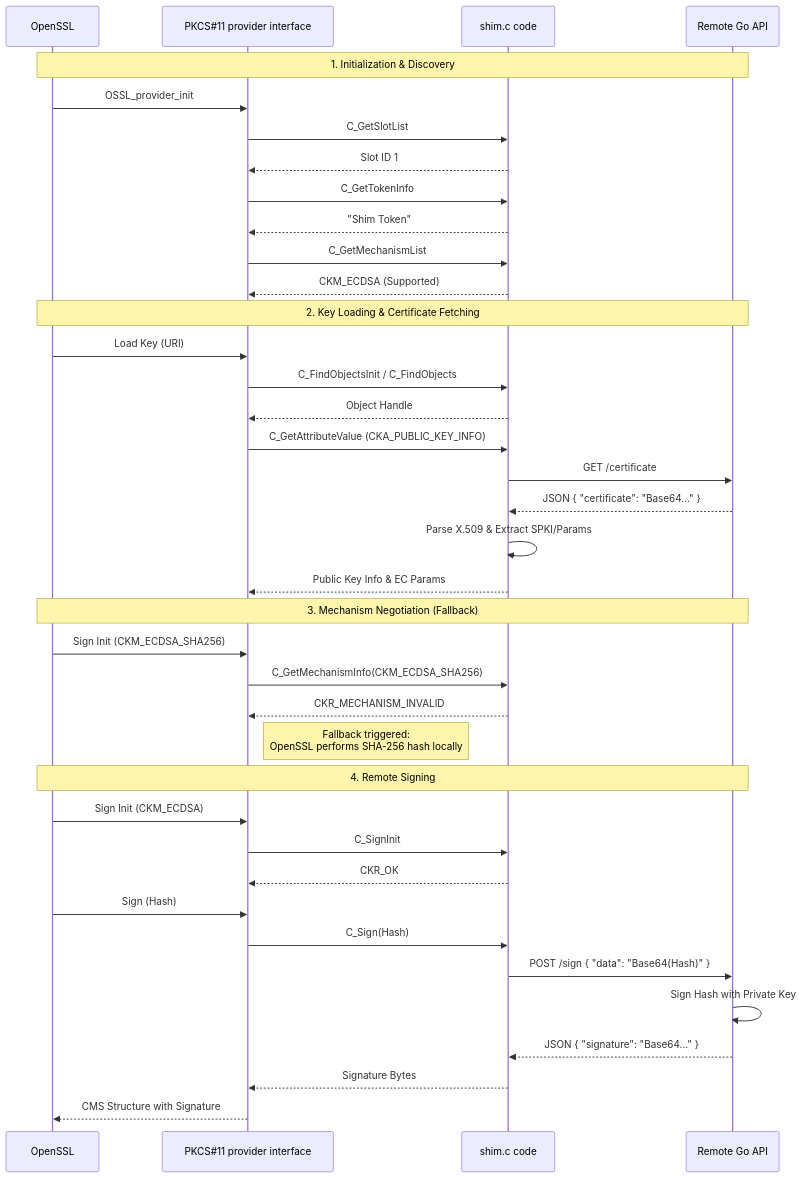
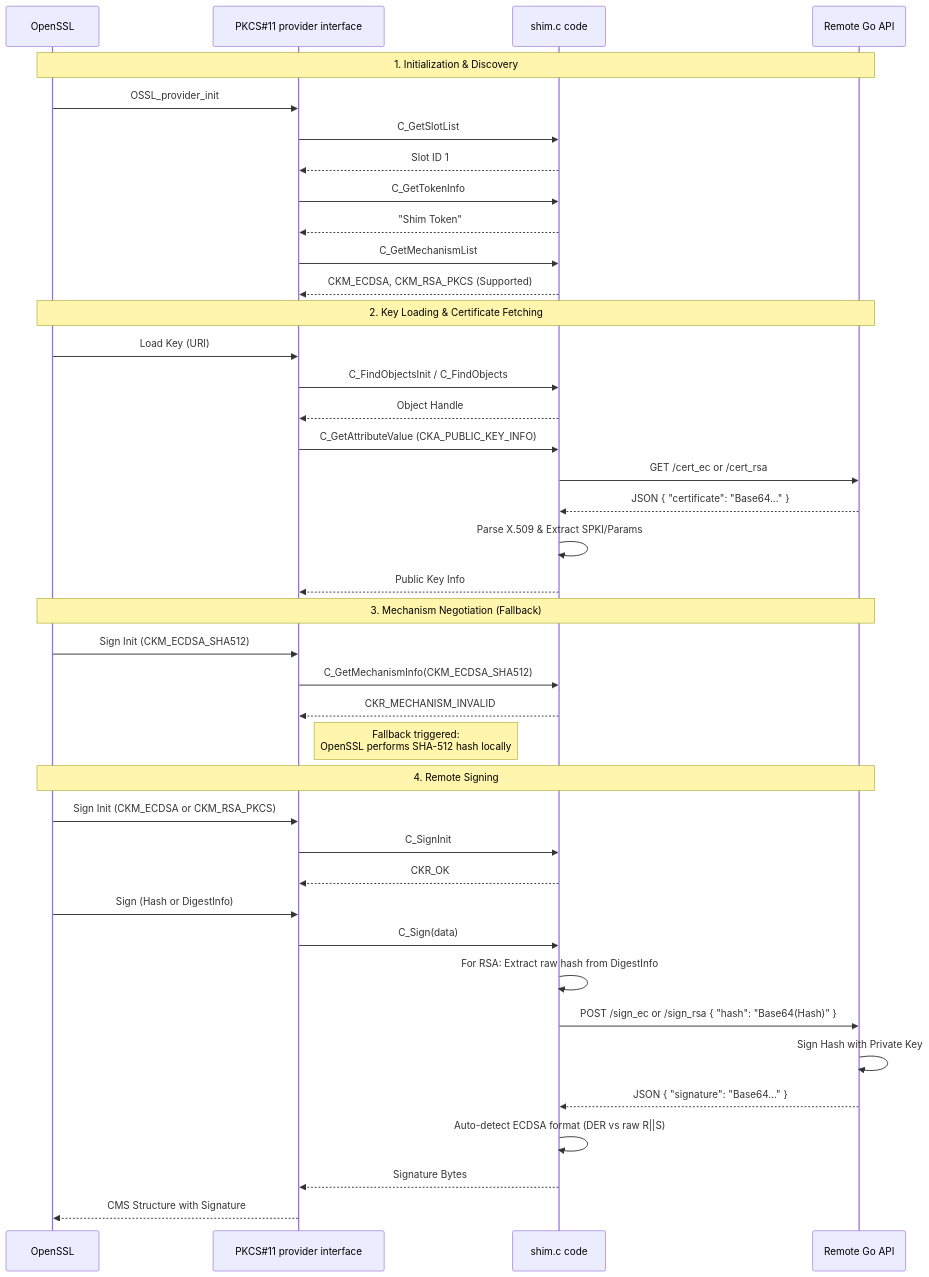
One commit to kabakaev/pkcs11-cms-remote-signing changed the diagram in cms_remote_signature.md. Above: the diagram before and after it, drawn with Mermaid. The commit also changed other lines of this file and 1 other file, not shown here.

````diff
--- a/cms_remote_signature.md
+++ b/cms_remote_signature.md
@@ -14,44 +14,46 @@
 ```mermaid
 sequenceDiagram
     participant OpenSSL
     participant Provider as PKCS#35;11 provider interface
     participant Shim as shim.c code
     participant API as Remote Go API
 
     Note over OpenSSL, API: 1. Initialization & Discovery
     OpenSSL->>Provider: OSSL_provider_init
     Provider->>Shim: C_GetSlotList
     Shim-->>Provider: Slot ID 1
     Provider->>Shim: C_GetTokenInfo
     Shim-->>Provider: "Shim Token"
     Provider->>Shim: C_GetMechanismList
-    Shim-->>Provider: CKM_ECDSA (Supported)
+    Shim-->>Provider: CKM_ECDSA, CKM_RSA_PKCS (Supported)
 
     Note over OpenSSL, API: 2. Key Loading & Certificate Fetching
     OpenSSL->>Provider: Load Key (URI)
     Provider->>Shim: C_FindObjectsInit / C_FindObjects
     Shim-->>Provider: Object Handle
     Provider->>Shim: C_GetAttributeValue (CKA_PUBLIC_KEY_INFO)
-    Shim->>API: GET /certificate
+    Shim->>API: GET /cert_ec or /cert_rsa
     API-->>Shim: JSON { "certificate": "Base64..." }
     Shim->>Shim: Parse X.509 & Extract SPKI/Params
-    Shim-->>Provider: Public Key Info & EC Params
+    Shim-->>Provider: Public Key Info
 
     Note over OpenSSL, API: 3. Mechanism Negotiation (Fallback)
-    OpenSSL->>Provider: Sign Init (CKM_ECDSA_SHA256)
-    Provider->>Shim: C_GetMechanismInfo(CKM_ECDSA_SHA256)
+    OpenSSL->>Provider: Sign Init (CKM_ECDSA_SHA512)
+    Provider->>Shim: C_GetMechanismInfo(CKM_ECDSA_SHA512)
     Shim-->>Provider: CKR_MECHANISM_INVALID
-    Note right of Provider: Fallback triggered:<br/>OpenSSL performs SHA-256 hash locally
+    Note right of Provider: Fallback triggered:<br/>OpenSSL performs SHA-512 hash locally
 
     Note over OpenSSL, API: 4. Remote Signing
-    OpenSSL->>Provider: Sign Init (CKM_ECDSA)
+    OpenSSL->>Provider: Sign Init (CKM_ECDSA or CKM_RSA_PKCS)
     Provider->>Shim: C_SignInit
     Shim-->>Provider: CKR_OK
-    OpenSSL->>Provider: Sign (Hash)
-    Provider->>Shim: C_Sign(Hash)
-    Shim->>API: POST /sign { "data": "Base64(Hash)" }
+    OpenSSL->>Provider: Sign (Hash or DigestInfo)
+    Provider->>Shim: C_Sign(data)
+    Shim->>Shim: For RSA: Extract raw hash from DigestInfo
+    Shim->>API: POST /sign_ec or /sign_rsa { "hash": "Base64(Hash)" }
     API->>API: Sign Hash with Private Key
     API-->>Shim: JSON { "signature": "Base64..." }
+    Shim->>Shim: Auto-detect ECDSA format (DER vs raw R||S)
     Shim-->>Provider: Signature Bytes
     Provider-->>OpenSSL: CMS Structure with Signature
 ```
````
